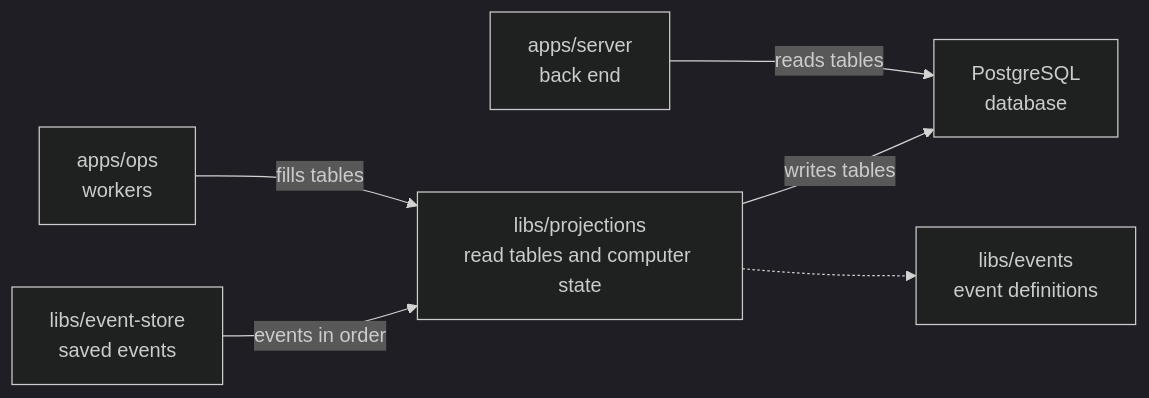
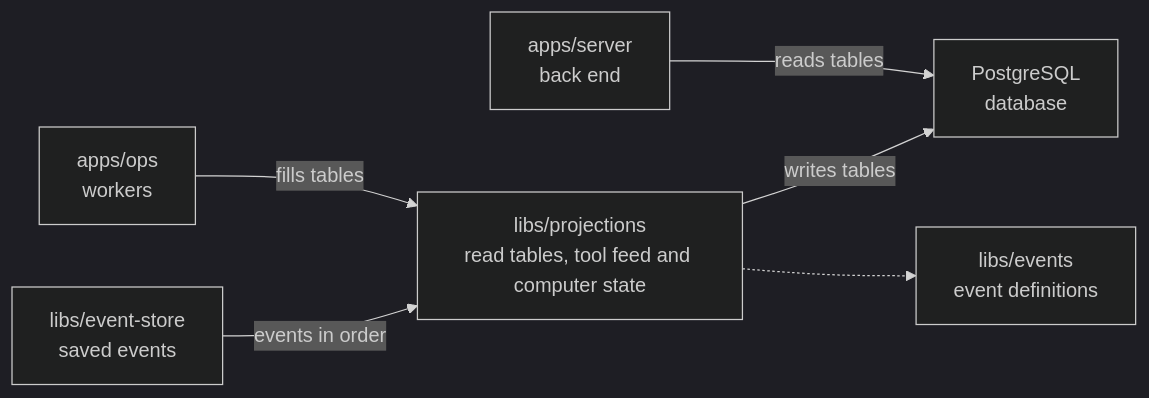
Before and after one commit to elewa-git/opencrane-new: the diagram in libs/projections/README.md, drawn with Mermaid (dark theme). The commit also changed other lines of this file and 31 other files, not shown here.

````diff
--- a/libs/projections/README.md
+++ b/libs/projections/README.md
@@ -23,8 +23,8 @@
 ```mermaid
 flowchart LR
-  ops["apps/ops<br/>workers"] -->|fills tables| projections["libs/projections<br/>read tables and computer state"]
+  ops["apps/ops<br/>workers"] -->|fills tables| projections["libs/projections<br/>read tables, tool feed and computer state"]
   server["apps/server<br/>back end"] -->|reads tables| pg["PostgreSQL<br/>database"]
   projections -->|writes tables| pg
   store["libs/event-store<br/>saved events"] -->|events in order| projections
   projections -.-> events["libs/events<br/>event definitions"]
 ```
````
